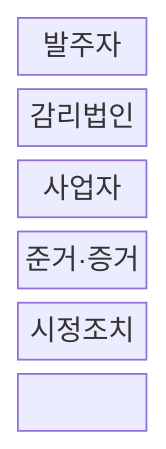
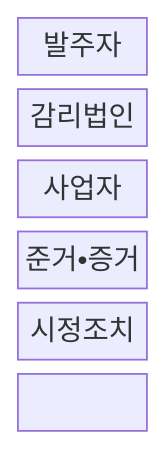
Before and after one commit to agnusdei1207/knowledge-base: the first of 2 diagrams in src/content/docs/notes/06-evaluation/042_information_system_audit_procedure.md, drawn with Mermaid. The commit also changed other lines of this file and 953 other files, not shown here.

````diff
--- a/src/content/docs/notes/06-evaluation/042_information_system_audit_procedure.md
+++ b/src/content/docs/notes/06-evaluation/042_information_system_audit_procedure.md
@@ -68,11 +68,11 @@
 ```mermaid
 block-beta
   columns 1
   C["발주자"]
   A["감리법인"]
   S["사업자"]
-  R["준거·증거"]
+  R["준거•증거"]
   X["시정조치"]
   C --> A --> S
   S --> R --> X
 ```
````
